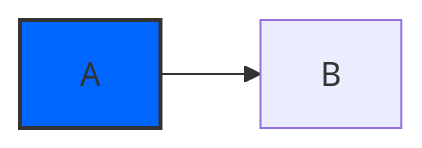
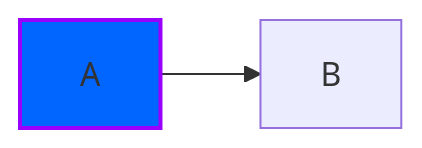
Before and after one commit to giorgio-bendoni/giorgio-bendoni.github.io: the third of 3 diagrams in myworkflow.md, drawn with Mermaid.

```diff
--- a/myworkflow.md
+++ b/myworkflow.md
@@ -35,5 +35,5 @@
 <div class="mermaid">
 graph LR
     A --> B
-  style A fill:#06f,stroke:#333,stroke-width:2px
+  style A fill:#0066ff,stroke:#9900ff,stroke-width:2px
 </div>
```
